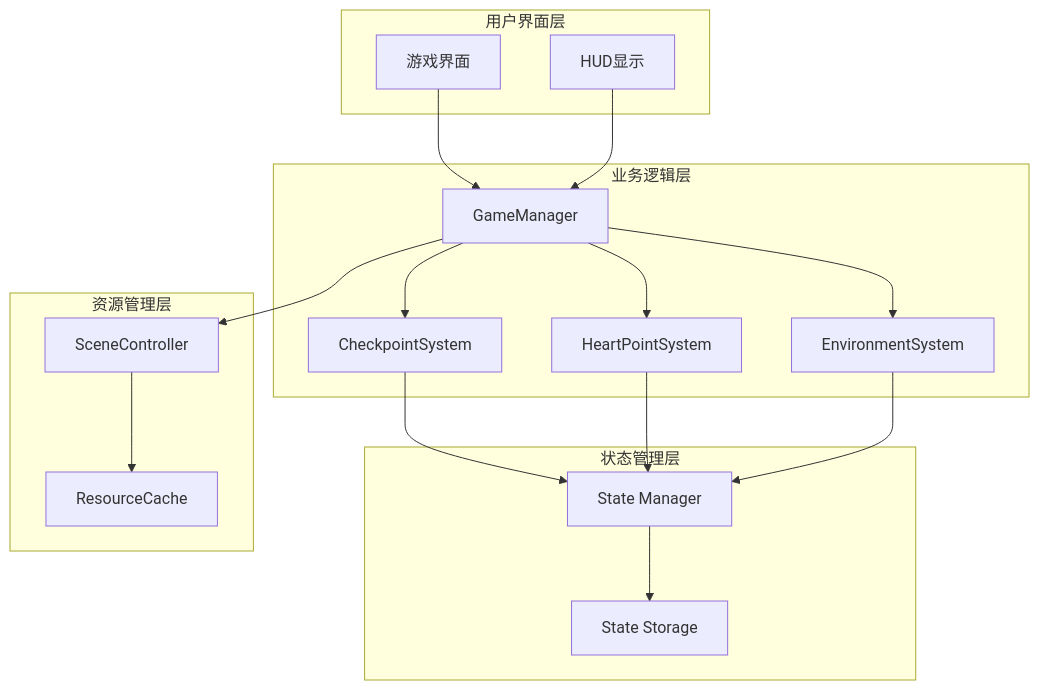
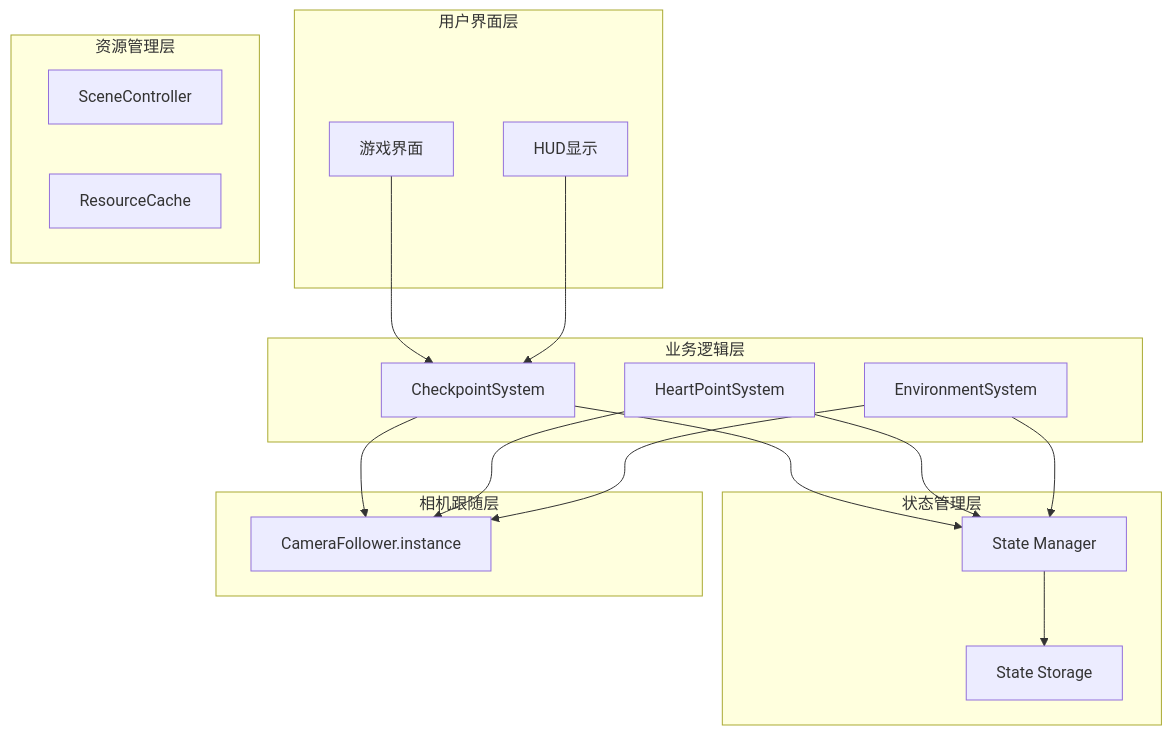
Before and after one commit to godotline/godot-line: the second of 6 diagrams in .qoder/repowiki/zh/content/游戏系统/触发器系统/检查点系统.md, drawn with Mermaid. The commit also changed other lines of this file and 13 other files, not shown here.

````diff
--- a/.qoder/repowiki/zh/content/游戏系统/触发器系统/检查点系统.md
+++ b/.qoder/repowiki/zh/content/游戏系统/触发器系统/检查点系统.md
@@ -128,32 +138,32 @@
 ```mermaid
 graph TB
 subgraph "用户界面层"
 UI[游戏界面]
 HUD[HUD显示]
 end
 subgraph "业务逻辑层"
-GM[GameManager]
 CP[CheckpointSystem]
 HP[HeartPointSystem]
 ES[EnvironmentSystem]
 end
 subgraph "状态管理层"
 State[State Manager]
 SS[State Storage]
 end
 subgraph "资源管理层"
 SC[SceneController]
 RC[ResourceCache]
 end
-UI --> GM
-HUD --> GM
-GM --> CP
-GM --> HP
-GM --> ES
+subgraph "相机跟随层"
+CF[CameraFollower.instance]
+end
+UI --> CP
+HUD --> CP
 CP --> State
 HP --> State
 ES --> State
 State --> SS
-GM --> SC
-SC --> RC
+CP --> CF
+HP --> CF
+ES --> CF
 ```
````
